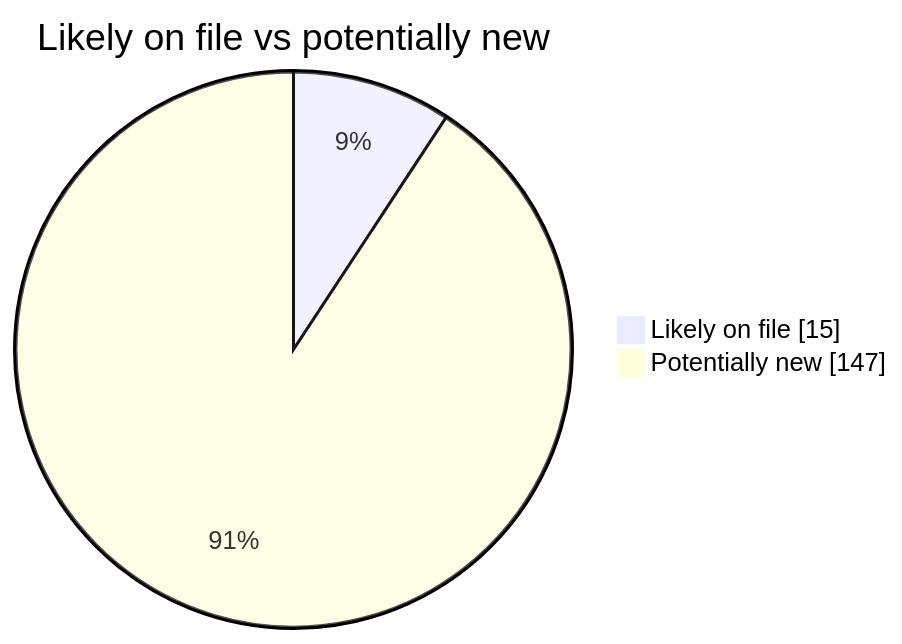
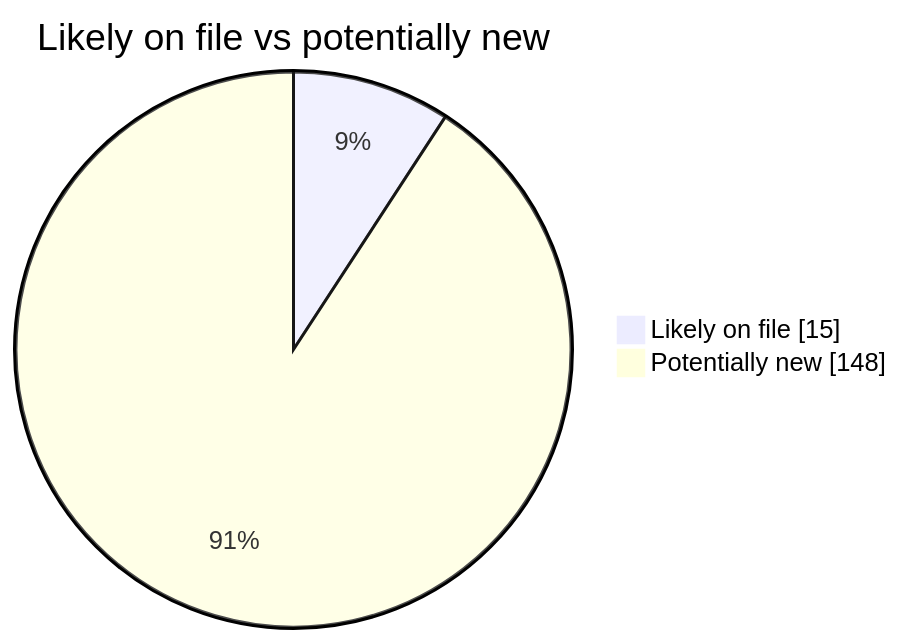
The second of 3 diagrams in README.md (martinbalfanz/social-scanner-reports), drawn with Mermaid before and after one commit. The commit also changed other lines of this file and 2 other files, not shown here.

````diff
--- a/README.md
+++ b/README.md
@@ -40,5 +40,5 @@
 ```mermaid
 pie showData title Likely on file vs potentially new
     "Likely on file" : 15
-    "Potentially new" : 147
+    "Potentially new" : 148
 ```
````
